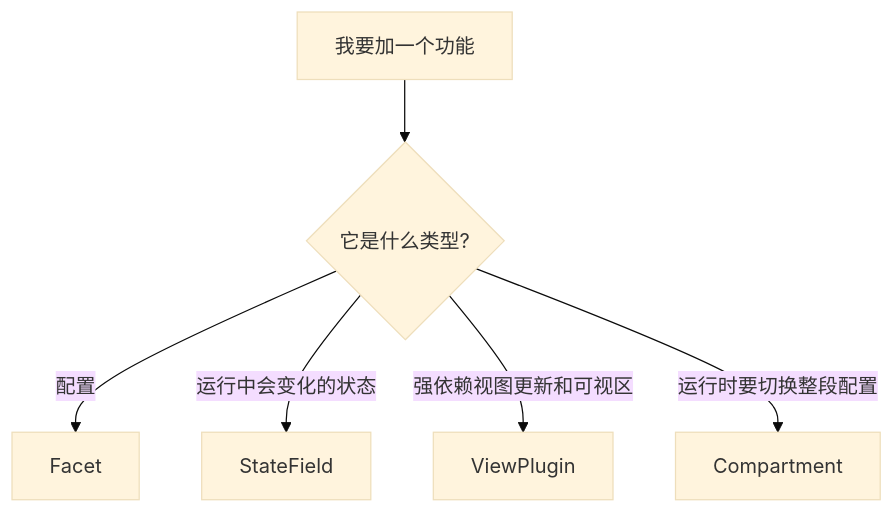
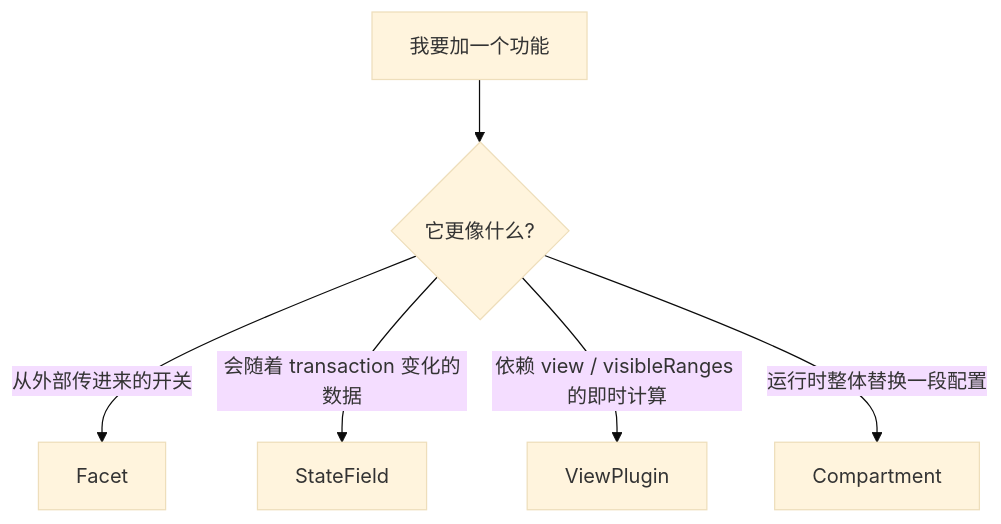
The first of 3 diagrams in dev-notes/cm6-from-0-to-1/04-先学会判断一个功能该写成哪种扩展.md (swarm-apps/SwarmNote), drawn with Mermaid (base theme) before and after one commit. The commit also changed other lines of this file and 9 other files, not shown here.

````diff
--- a/dev-notes/cm6-from-0-to-1/04-先学会判断一个功能该写成哪种扩展.md
+++ b/dev-notes/cm6-from-0-to-1/04-先学会判断一个功能该写成哪种扩展.md
@@ -15,8 +24,8 @@
 ```mermaid
 graph TD
-    A[我要加一个功能] --> B{它是什么类型?}
-    B -->|配置| C[Facet]
-    B -->|运行中会变化的状态| D[StateField]
-    B -->|强依赖视图更新和可视区| E[ViewPlugin]
-    B -->|运行时要切换整段配置| F[Compartment]
+    A[我要加一个功能] --> B{它更像什么?}
+    B -->|从外部传进来的开关| C[Facet]
+    B -->|会随着 transaction 变化的数据| D[StateField]
+    B -->|依赖 view / visibleRanges 的即时计算| E[ViewPlugin]
+    B -->|运行时整体替换一段配置| F[Compartment]
 ```
````
